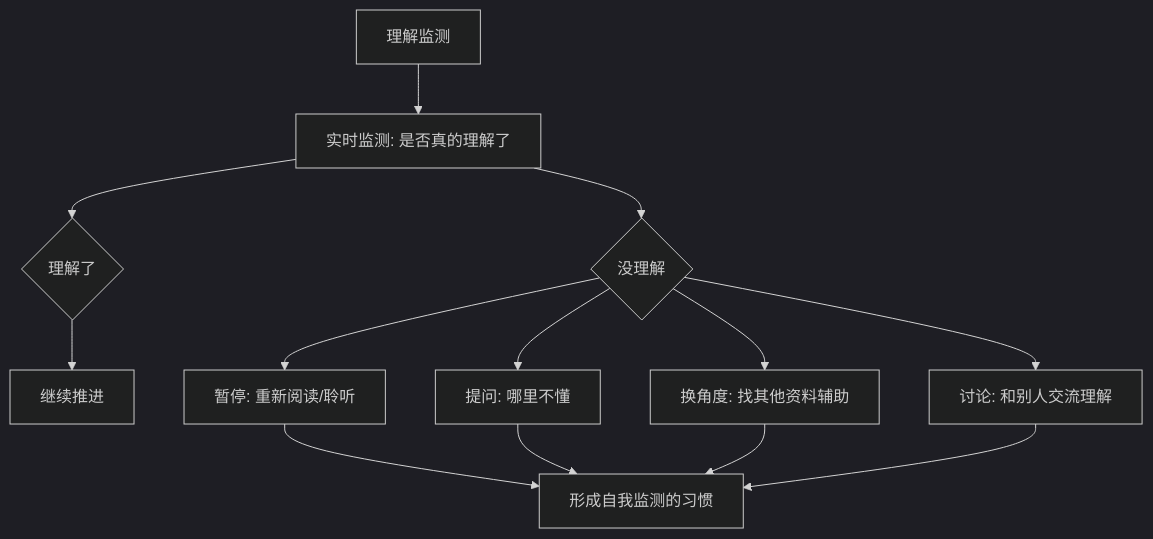
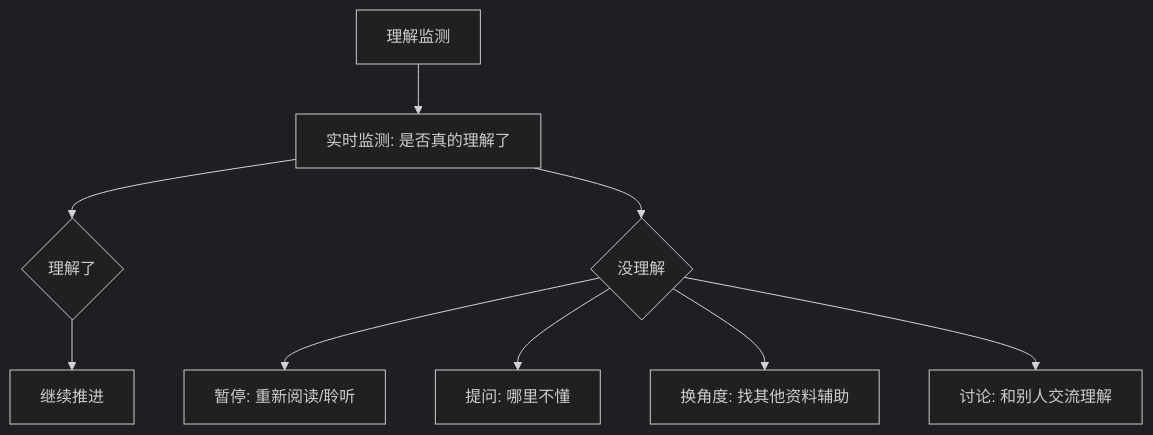
One commit to chongyang211/YCBookBlog changed the tenth of 14 diagrams in 10.打工充平常记录/10.自我精进七课/06.语言沟通的演进/6.3理解能力的锻炼.md. Above: the diagram before and after it, drawn with Mermaid (dark theme). The commit also changed other lines of this file and 55 other files, not shown here.

````diff
--- a/10.打工充平常记录/10.自我精进七课/06.语言沟通的演进/6.3理解能力的锻炼.md
+++ b/10.打工充平常记录/10.自我精进七课/06.语言沟通的演进/6.3理解能力的锻炼.md
@@ -281,15 +322,11 @@
 ```mermaid
 graph TD
     A[理解监测] --> B[实时监测: 是否真的理解了]
     B --> C{理解了}
     B --> D{没理解}
     C --> C1[继续推进]
     D --> D1[暂停: 重新阅读/聆听]
     D --> D2[提问: 哪里不懂]
     D --> D3[换角度: 找其他资料辅助]
     D --> D4[讨论: 和别人交流理解]
-    D1 --> E[形成自我监测的习惯]
-    D2 --> E
-    D3 --> E
-    D4 --> E
 ```
````
